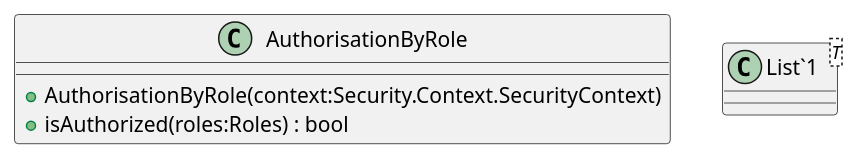
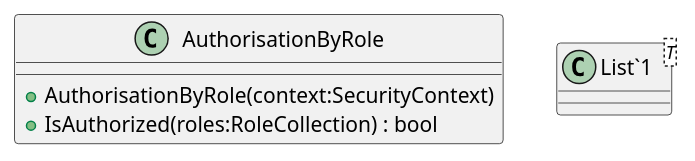
The diagram in plantuml/RBAC/security/Authorisation/AuthorisationByRole.puml (hansvheumen/RBAC), drawn with PlantUML before and after one commit. The commit also changed 14 other files, not shown here.

Commit message:
added RBOC concept diagram

```diff
--- a/plantuml/RBAC/security/Authorisation/AuthorisationByRole.puml
+++ b/plantuml/RBAC/security/Authorisation/AuthorisationByRole.puml
@@ -1,8 +1,8 @@
 @startuml
 class AuthorisationByRole {
-    + AuthorisationByRole(context:Security.Context.SecurityContext)
-    + isAuthorized(roles:Roles) : bool
+    + AuthorisationByRole(context:SecurityContext)
+    + IsAuthorized(roles:RoleCollection) : bool
 }
 class "List`1"<T> {
 }
 @enduml
```
